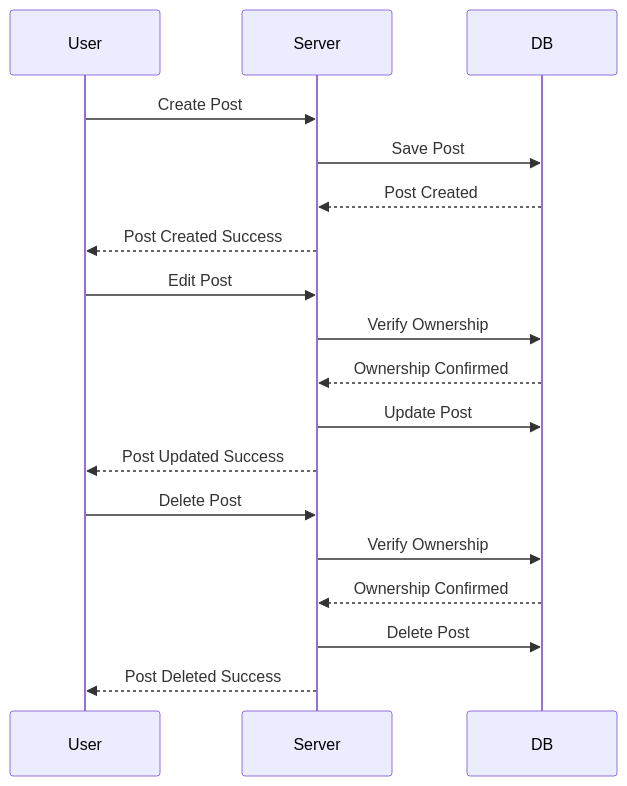
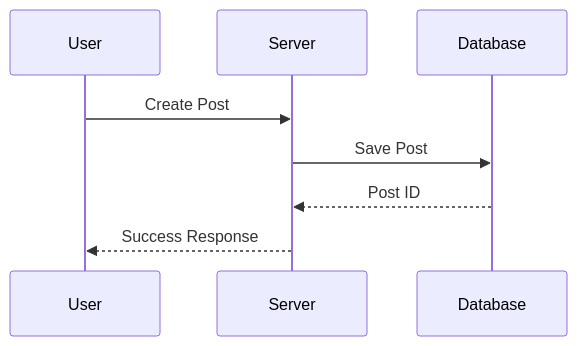
Before and after one commit to guiiireg/forum: the third of 6 diagrams in docs/architecture.md, drawn with Mermaid. The commit also changed other lines of this file and 2 other files, not shown here.

````diff
--- a/docs/architecture.md
+++ b/docs/architecture.md
@@ -40,23 +33,11 @@
 ```mermaid
 sequenceDiagram
     participant User
     participant Server
-    participant DB
+    participant Database
     
     User->>Server: Create Post
-    Server->>DB: Save Post
-    DB-->>Server: Post Created
-    Server-->>User: Post Created Success
-    
-    User->>Server: Edit Post
-    Server->>DB: Verify Ownership
-    DB-->>Server: Ownership Confirmed
-    Server->>DB: Update Post
-    Server-->>User: Post Updated Success
-    
-    User->>Server: Delete Post
-    Server->>DB: Verify Ownership
-    DB-->>Server: Ownership Confirmed
-    Server->>DB: Delete Post
-    Server-->>User: Post Deleted Success
+    Server->>Database: Save Post
+    Database-->>Server: Post ID
+    Server-->>User: Success Response
 ```
````
